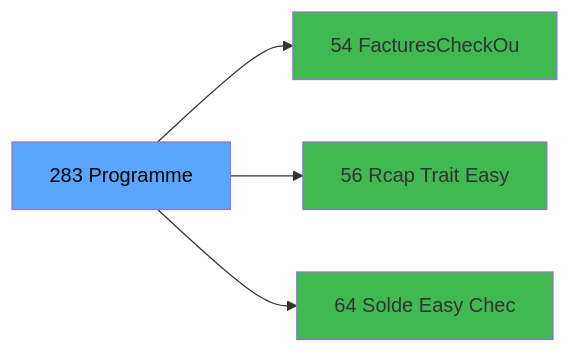
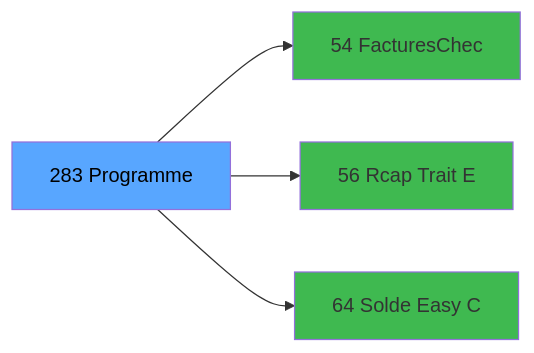
Before and after one commit to thonyAGP/magic-migration: the third of 3 diagrams in .openspec/specs/ADH-IDE-283.md, drawn with Mermaid. The commit also changed other lines of this file and 323 other files, not shown here.

````diff
--- a/.openspec/specs/ADH-IDE-283.md
+++ b/.openspec/specs/ADH-IDE-283.md
@@ -139,14 +151,14 @@
 ```mermaid
 graph LR
     T[283 Programme]
-    C54[54 FacturesCheckOu]
+    C54[54 FacturesChec]
     T --> C54
-    C56[56 Rcap Trait Easy]
+    C56[56 Rcap Trait E]
     T --> C56
-    C64[64 Solde Easy Chec]
+    C64[64 Solde Easy C]
     T --> C64
     style T fill:#58a6ff,color:#000
     style C54 fill:#3fb950
     style C56 fill:#3fb950
     style C64 fill:#3fb950
 ```
````
